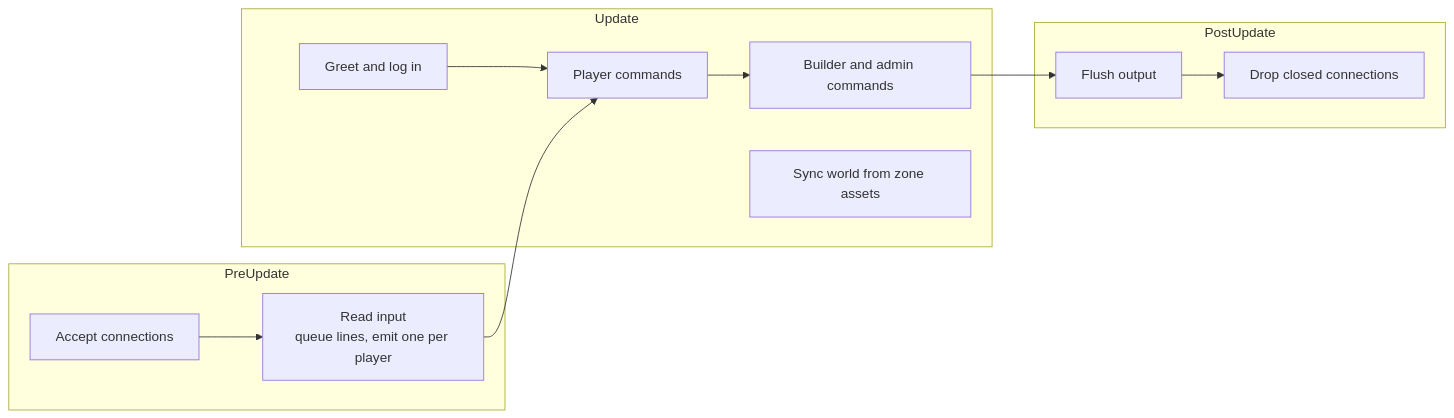
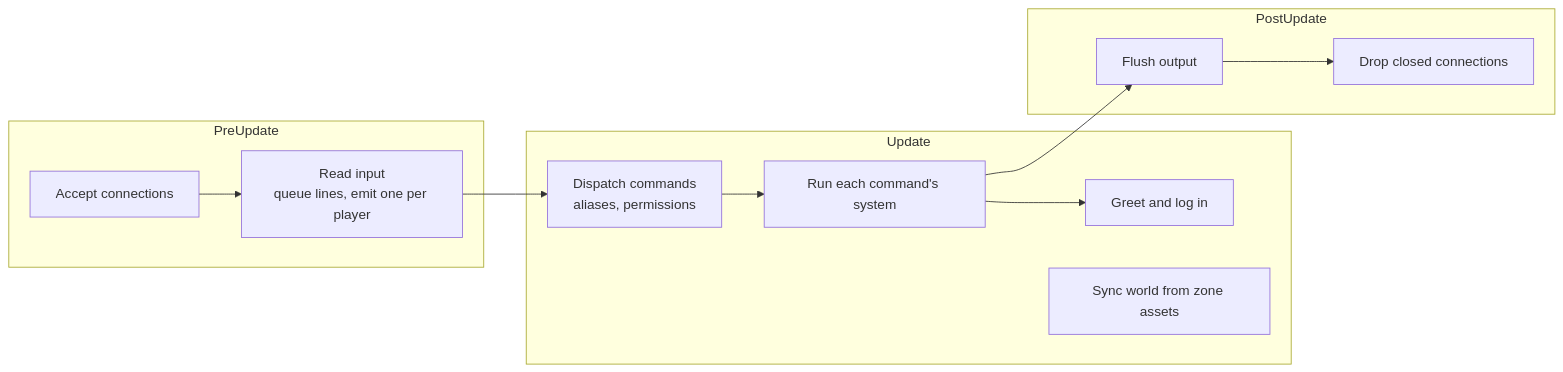
One commit to Aaqibhafeezkhan/riftward changed the diagram in docs/architecture.md. Above: the diagram before and after it, drawn with Mermaid. The commit also changed other lines of this file and 13 other files, not shown here.

````diff
--- a/docs/architecture.md
+++ b/docs/architecture.md
@@ -37,16 +40,16 @@
 ```mermaid
 flowchart LR
     subgraph PreUpdate
         accept[Accept connections] --> read[Read input<br/>queue lines, emit one per player]
     end
     subgraph Update
-        greet[Greet and log in] --> cmds[Player commands]
-        cmds --> build[Builder and admin commands]
+        dispatch[Dispatch commands<br/>aliases, permissions] --> run[Run each command's system]
+        run --> greet[Greet and log in]
         sync[Sync world from zone assets]
     end
     subgraph PostUpdate
         flush[Flush output] --> cleanup[Drop closed connections]
     end
-    read --> cmds
-    build --> flush
+    read --> dispatch
+    run --> flush
 ```
````
